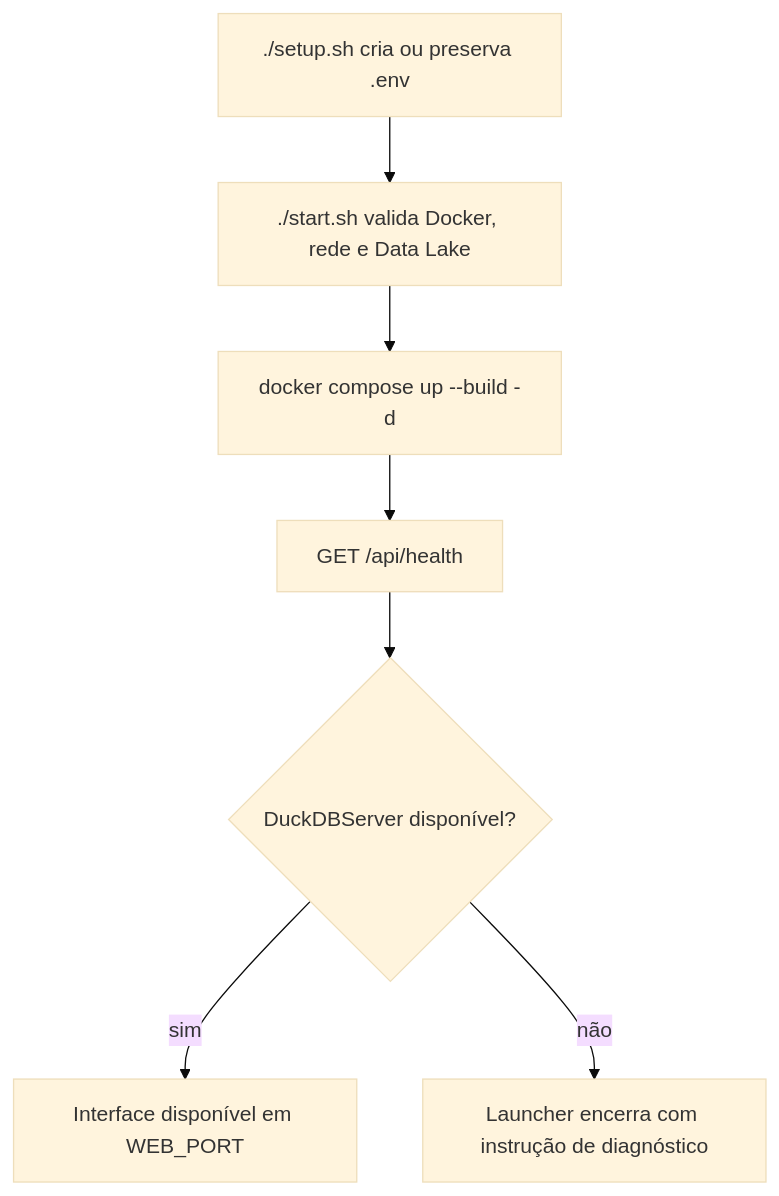
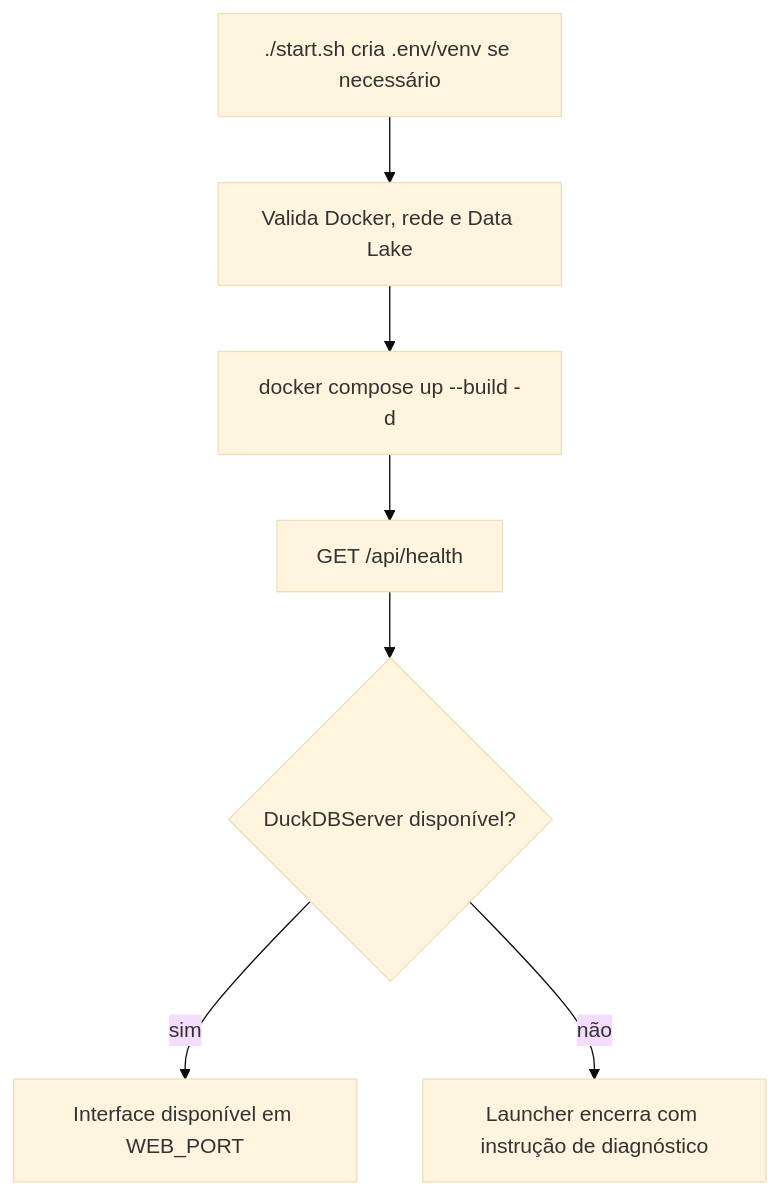
The first of 3 diagrams in B3-Web-App/docs/diagrama-atividades.md (BiellBatista/Python.DataEngineering), drawn with Mermaid (base theme) before and after one commit. The commit also changed 20 other files, not shown here.

````diff
--- a/B3-Web-App/docs/diagrama-atividades.md
+++ b/B3-Web-App/docs/diagrama-atividades.md
@@ -5,14 +5,14 @@
 ```mermaid
 flowchart TD
-    Setup["./setup.sh cria ou preserva .env"]
-    Start["./start.sh valida Docker, rede e Data Lake"]
+    Start["./start.sh cria .env/venv se necessário"]
+    Validate["Valida Docker, rede e Data Lake"]
     Compose["docker compose up --build -d"]
     Health["GET /api/health"]
     Connected{"DuckDBServer disponível?"}
     Ready["Interface disponível em WEB_PORT"]
     Failure["Launcher encerra com instrução de diagnóstico"]
 
-    Setup --> Start --> Compose --> Health --> Connected
+    Start --> Validate --> Compose --> Health --> Connected
     Connected -->|"sim"| Ready
     Connected -->|"não"| Failure
 ```
````
